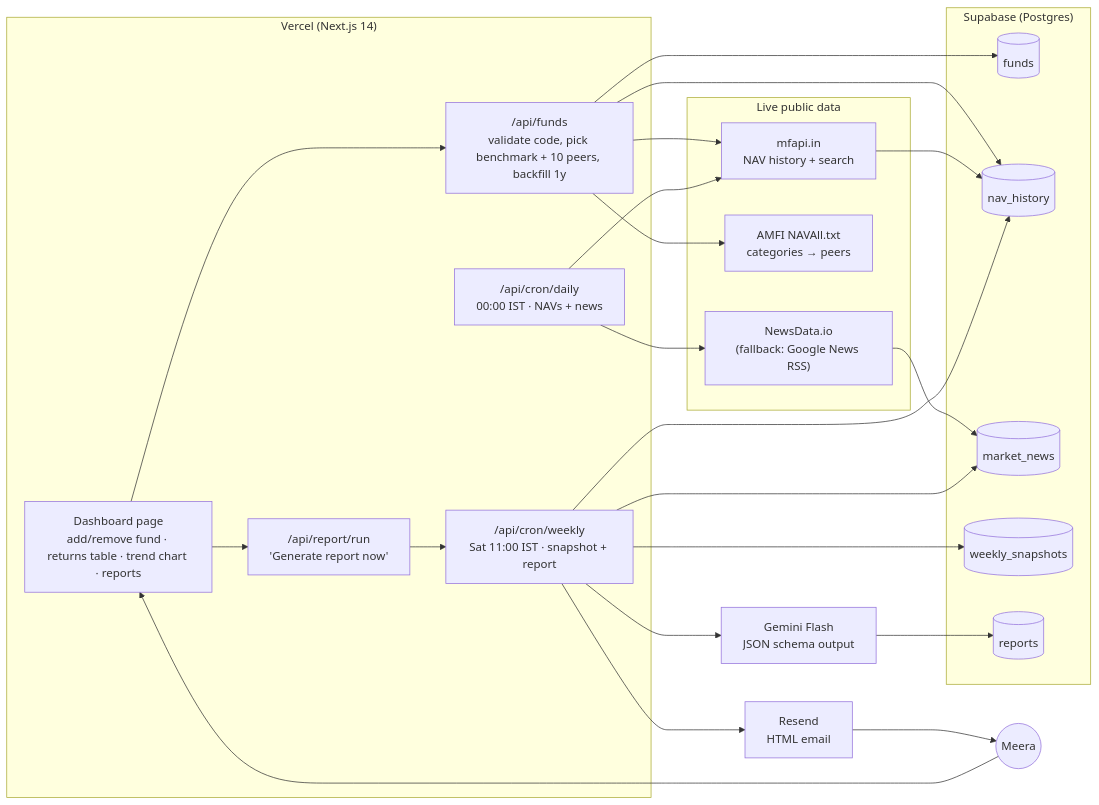
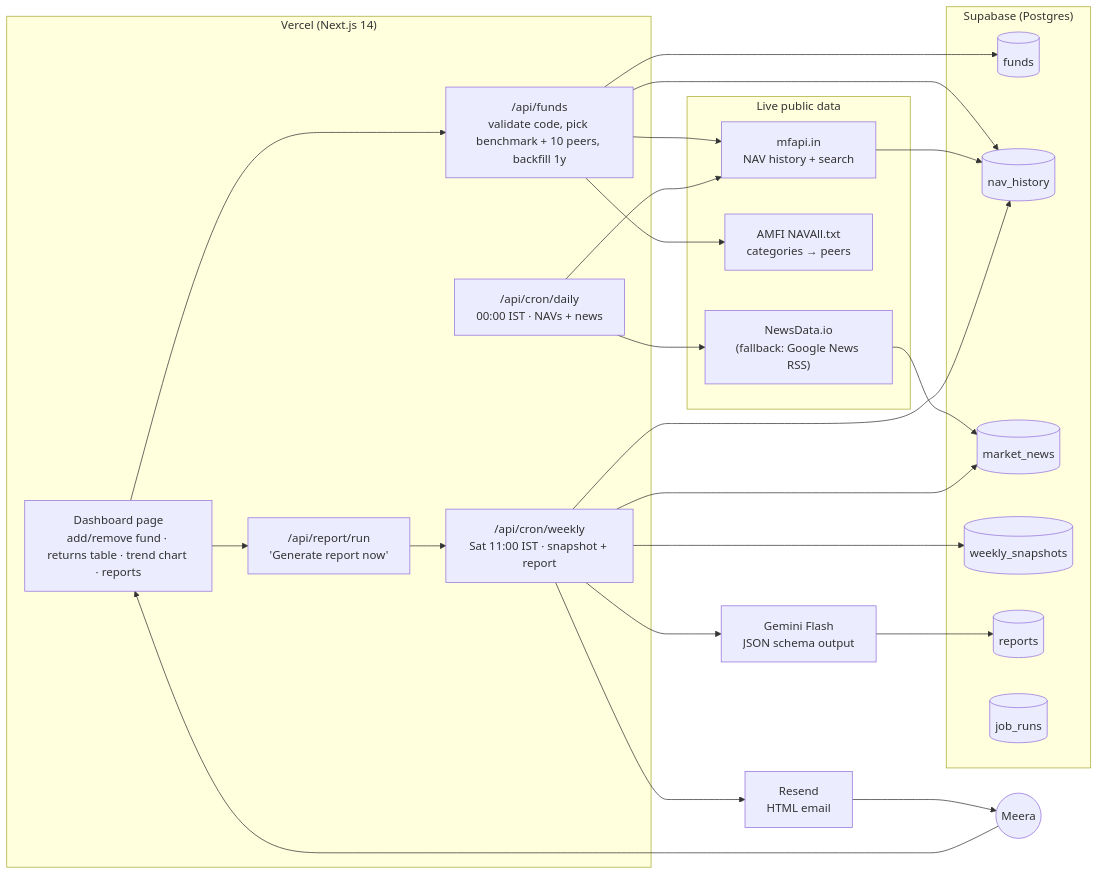
The diagram in COMPONENTS.md (snehaiyer-beep/mf-tracker), drawn with Mermaid before and after one commit. The commit also changed other lines of this file and 9 other files, not shown here.

First line of the commit message:
Growth chart with week/month/year ranges; Last updated strip

````diff
--- a/COMPONENTS.md
+++ b/COMPONENTS.md
@@ -3,44 +3,45 @@
 ```mermaid
 flowchart LR
   subgraph Sources["Live public data"]
     MFAPI["mfapi.in<br/>NAV history + search"]
     AMFI["AMFI NAVAll.txt<br/>categories → peers"]
     NEWS["NewsData.io<br/>(fallback: Google News RSS)"]
   end
 
   subgraph Vercel["Vercel (Next.js 14)"]
     UI["Dashboard page<br/>add/remove fund · returns table · trend chart · reports"]
     FUNDS["/api/funds<br/>validate code, pick benchmark + 10 peers, backfill 1y"]
     DAILY["/api/cron/daily<br/>00:00 IST · NAVs + news"]
     WEEKLY["/api/cron/weekly<br/>Sat 11:00 IST · snapshot + report"]
     RUN["/api/report/run<br/>'Generate report now'"]
   end
 
   subgraph Supabase["Supabase (Postgres)"]
     T1[(funds)]
     T2[(nav_history)]
     T3[(market_news)]
     T4[(weekly_snapshots)]
     T5[(reports)]
+    T6[(job_runs)]
   end
 
   GEMINI["Gemini Flash<br/>JSON schema output"]
   RESEND["Resend<br/>HTML email"]
   USER(("Meera"))
 
   USER --> UI
   UI --> FUNDS
   UI --> RUN
   FUNDS --> MFAPI
   FUNDS --> AMFI
   FUNDS --> T1
   FUNDS --> T2
   DAILY --> MFAPI --> T2
   DAILY --> NEWS --> T3
   WEEKLY --> T2
   RUN --> WEEKLY
   WEEKLY --> T3
   WEEKLY --> T4
   WEEKLY --> GEMINI --> T5
   WEEKLY --> RESEND --> USER
 ```
````
